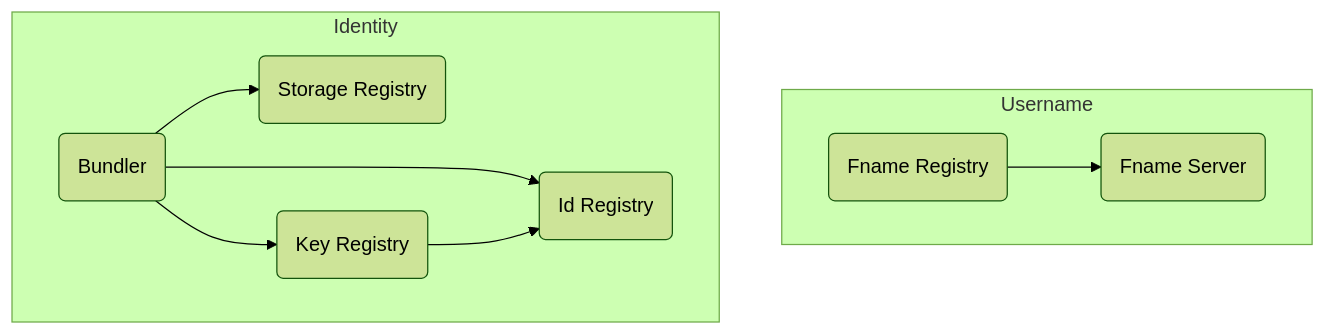
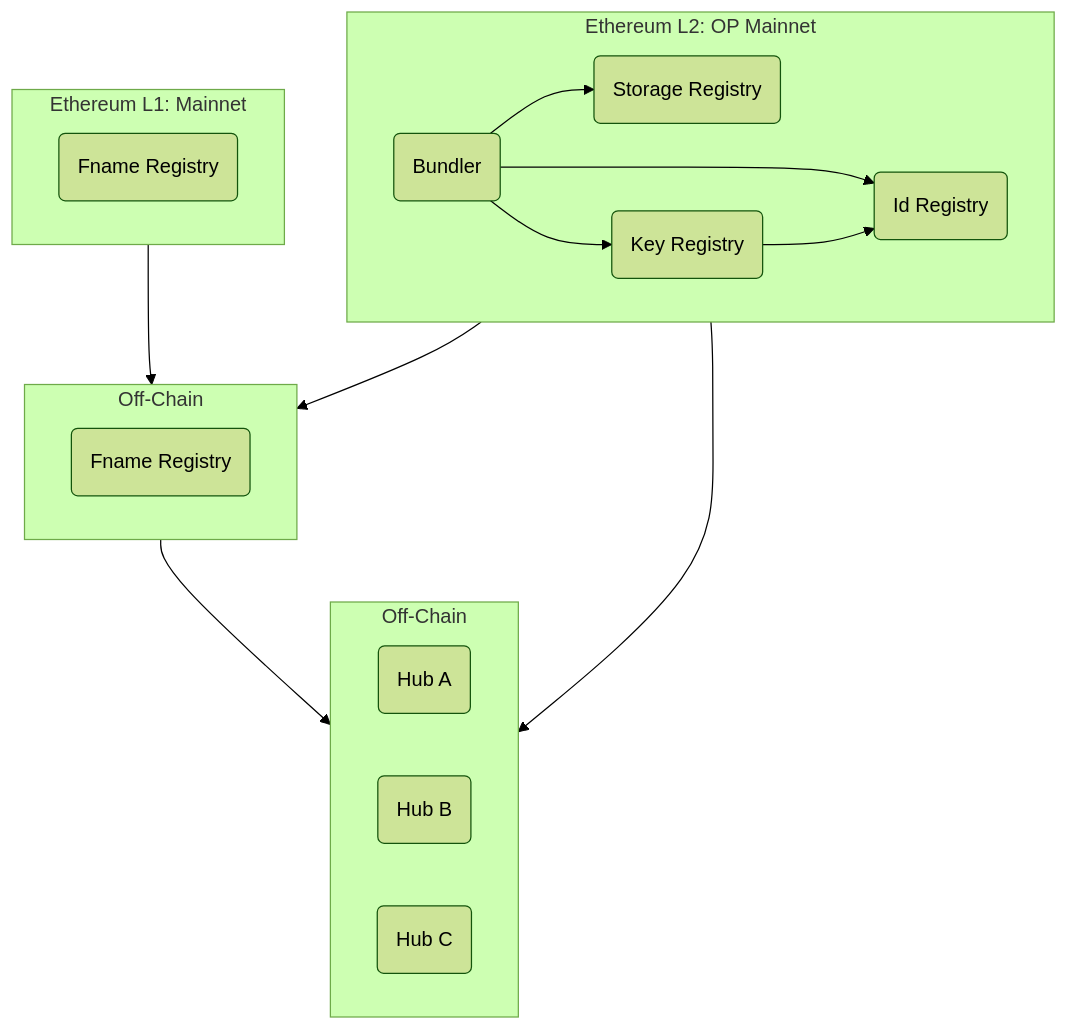
One commit to farcasterxyz/contracts changed the first of 3 diagrams in docs/docs.md. Above: the diagram before and after it, drawn with Mermaid (forest theme). The commit also changed other lines of this file, not shown here.

Commit message:
docs: add assumptions made by off-chain services

````diff
--- a/docs/docs.md
+++ b/docs/docs.md
@@ -3,13 +7,29 @@
 ```mermaid
 
 graph TD
 
-    subgraph Username
-    FR(Fname Registry) --> FS(Fname Server)
+    subgraph ETHL1["Ethereum L1: Mainnet"]
+    FR(Fname Registry)
     end
 
-    subgraph Identity
+    subgraph Offchain["Off-Chain"]
+    FS(Fname Registry)
+    end
+
+    subgraph Hubs["Off-Chain"]
+    Hub1(Hub A)
+    Hub2(Hub B)
+    Hub3(Hub C)
+    end
+
+    subgraph ETHL2["Ethereum L2: OP Mainnet"]
     BN(Bundler) --> IR(Id Registry) & SR(Storage Registry) & KR(Key Registry)
     KR --> IR
     end
+
+
+    ETHL1 --> Offchain
+    ETHL2 --> Offchain
+    Offchain --> Hubs
+    ETHL2 --> Hubs
 ```
````
